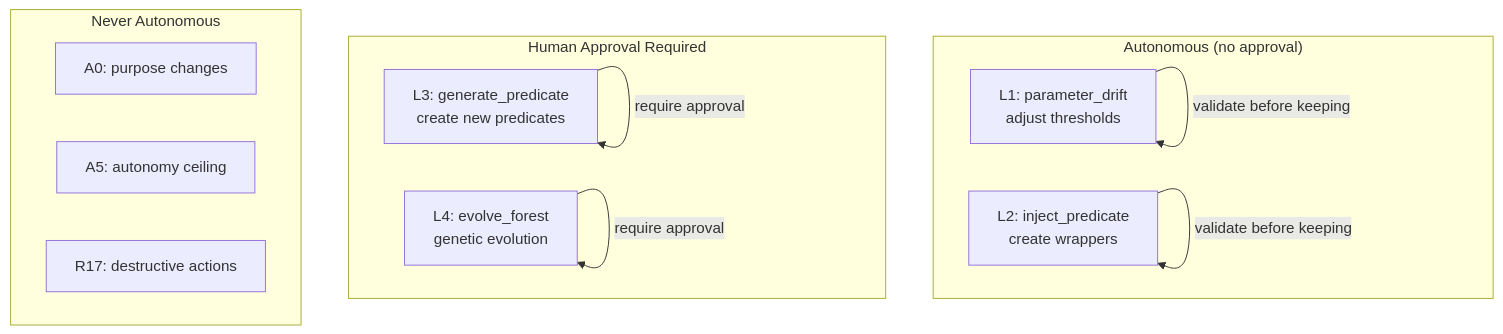
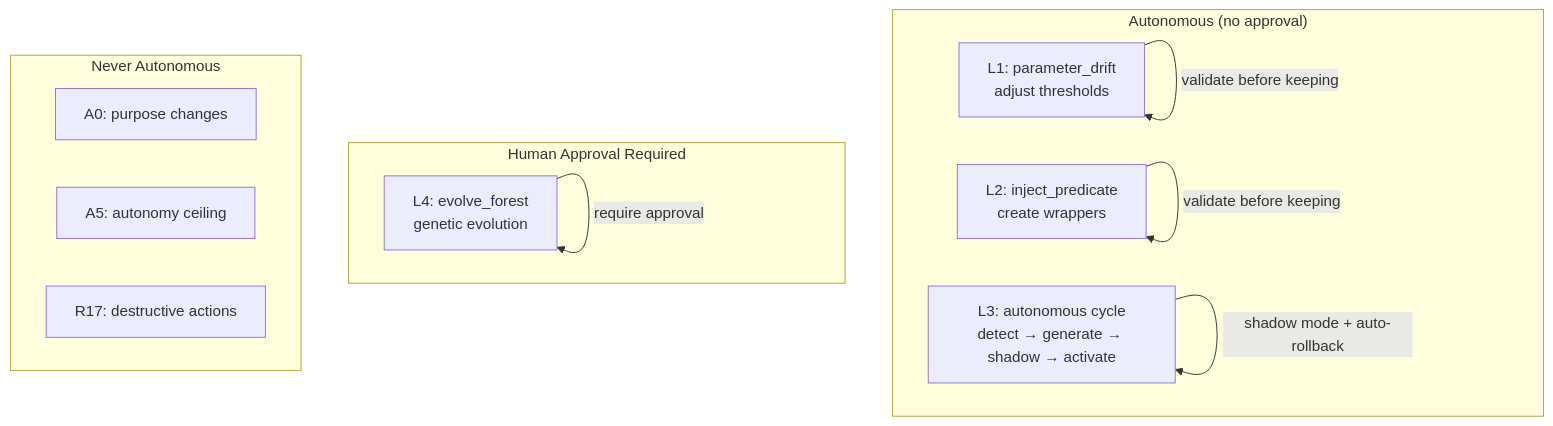
Before and after one commit to rm-w3kufe/vsf-rsi: the fifth of 5 diagrams in README.md, drawn with Mermaid. The commit also changed other lines of this file and 10 other files, not shown here.

First line of the commit message:
docs(README): comprehensive audit — update L3 autonomous cycle, component list, architecture, CLI, safety model

````diff
--- a/README.md
+++ b/README.md
@@ -459,23 +523,23 @@
 ```mermaid
 flowchart TD
     subgraph Autonomous["Autonomous (no approval)"]
         L1["L1: parameter_drift<br/>adjust thresholds"]
         L2["L2: inject_predicate<br/>create wrappers"]
+        L3["L3: autonomous cycle<br/>detect → generate → shadow → activate"]
     end
     
     subgraph HumanApproval["Human Approval Required"]
-        L3["L3: generate_predicate<br/>create new predicates"]
         L4["L4: evolve_forest<br/>genetic evolution"]
     end
     
     subgraph NeverAutonomous["Never Autonomous"]
         A0["A0: purpose changes"]
         A5["A5: autonomy ceiling"]
         R17["R17: destructive actions"]
     end
     
     L1 -->|"validate before keeping"| L1
     L2 -->|"validate before keeping"| L2
-    L3 -->|"require approval"| L3
+    L3 -->|"shadow mode + auto-rollback"| L3
     L4 -->|"require approval"| L4
 ```
````
